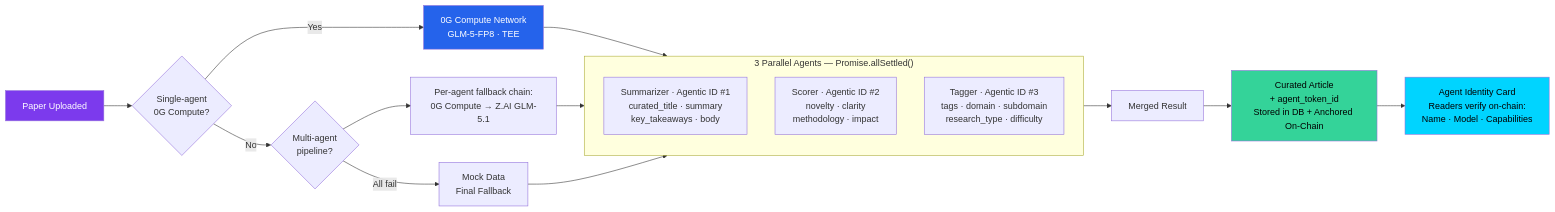
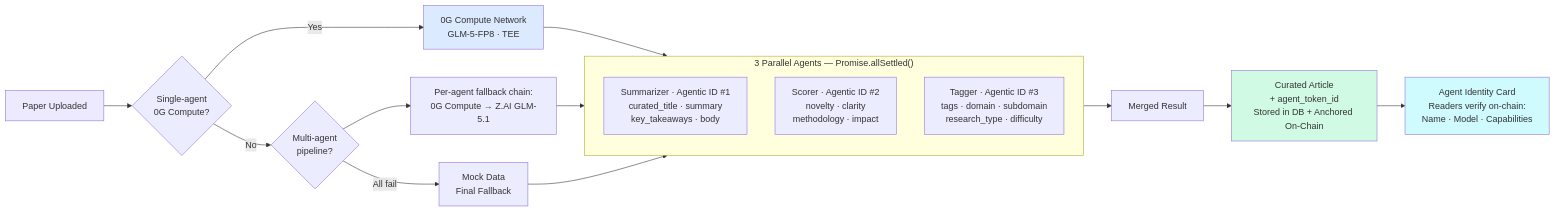
The third of 5 diagrams in README.md (dwlpra/rumah-peneliti), drawn with Mermaid before and after one commit. The commit also changed other lines of this file, not shown here.

Commit message:
docs: mermaid diagrams — light theme colors for readability

````diff
--- a/README.md
+++ b/README.md
@@ -287,30 +287,30 @@
 ```mermaid
 flowchart LR
     A[Paper Uploaded] --> B{Single-agent<br/>0G Compute?}
     B -->|Yes| C[0G Compute Network<br/>GLM-5-FP8 · TEE]
     B -->|No| D{Multi-agent<br/>pipeline?}
 
     D --> E["Per-agent fallback chain:<br/>0G Compute → Z.AI GLM-5.1"]
     D -->|All fail| F[Mock Data<br/>Final Fallback]
 
     C --> G
     E --> G
     F --> G
 
     subgraph G["3 Parallel Agents — Promise.allSettled()"]
         direction TB
         S["Summarizer · Agentic ID #1<br/>curated_title · summary<br/>key_takeaways · body"]
         SC["Scorer · Agentic ID #2<br/>novelty · clarity<br/>methodology · impact"]
         T["Tagger · Agentic ID #3<br/>tags · domain · subdomain<br/>research_type · difficulty"]
     end
 
     G --> J[Merged Result]
     J --> K["Curated Article<br/>+ agent_token_id<br/>Stored in DB + Anchored On-Chain"]
 
     K --> L["Agent Identity Card<br/>Readers verify on-chain:<br/>Name · Model · Capabilities"]
 
-    style A fill:#7c3aed,color:#fff
-    style C fill:#2563eb,color:#fff
-    style K fill:#34d399,color:#000
-    style L fill:#00d4ff,color:#000
+    style A fill:#ede9fe,color:#333
+    style C fill:#dbeafe,color:#333
+    style K fill:#d1fae5,color:#333
+    style L fill:#cffafe,color:#333
 ```
````
